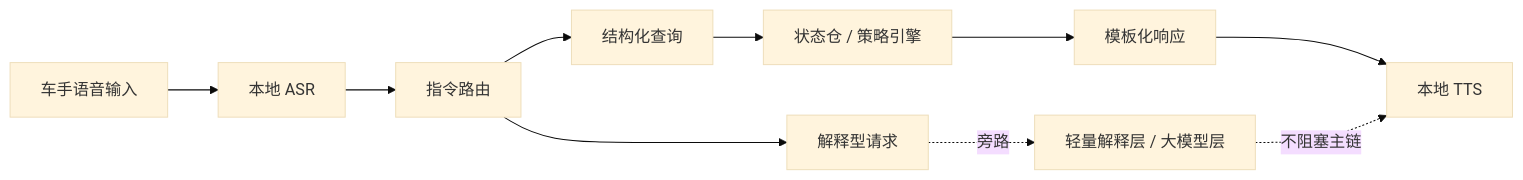
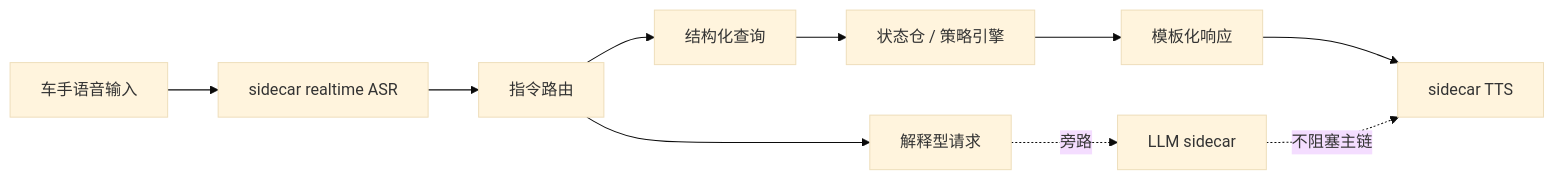
The fourth of 4 diagrams in asurada-core/REALTIME_VOICE_AND_MODEL_ARCHITECTURE_CN.md (Sn55555/Asurada), drawn with Mermaid (base theme) before and after one commit. The commit also changed other lines of this file and 5 other files, not shown here.

Commit message:
Refresh stage-three progress and architecture docs

````diff
--- a/asurada-core/REALTIME_VOICE_AND_MODEL_ARCHITECTURE_CN.md
+++ b/asurada-core/REALTIME_VOICE_AND_MODEL_ARCHITECTURE_CN.md
@@ -294,13 +296,13 @@
 ```mermaid
 flowchart LR
-    A["车手语音输入"] --> B["本地 ASR"]
+    A["车手语音输入"] --> B["sidecar realtime ASR"]
     B --> C["指令路由"]
     C --> D["结构化查询"]
     D --> E["状态仓 / 策略引擎"]
     E --> F["模板化响应"]
-    F --> G["本地 TTS"]
+    F --> G["sidecar TTS"]
 
     C --> H["解释型请求"]
-    H -.旁路.-> I["轻量解释层 / 大模型层"]
+    H -.旁路.-> I["LLM sidecar"]
     I -.不阻塞主链.-> G
 ```
````
